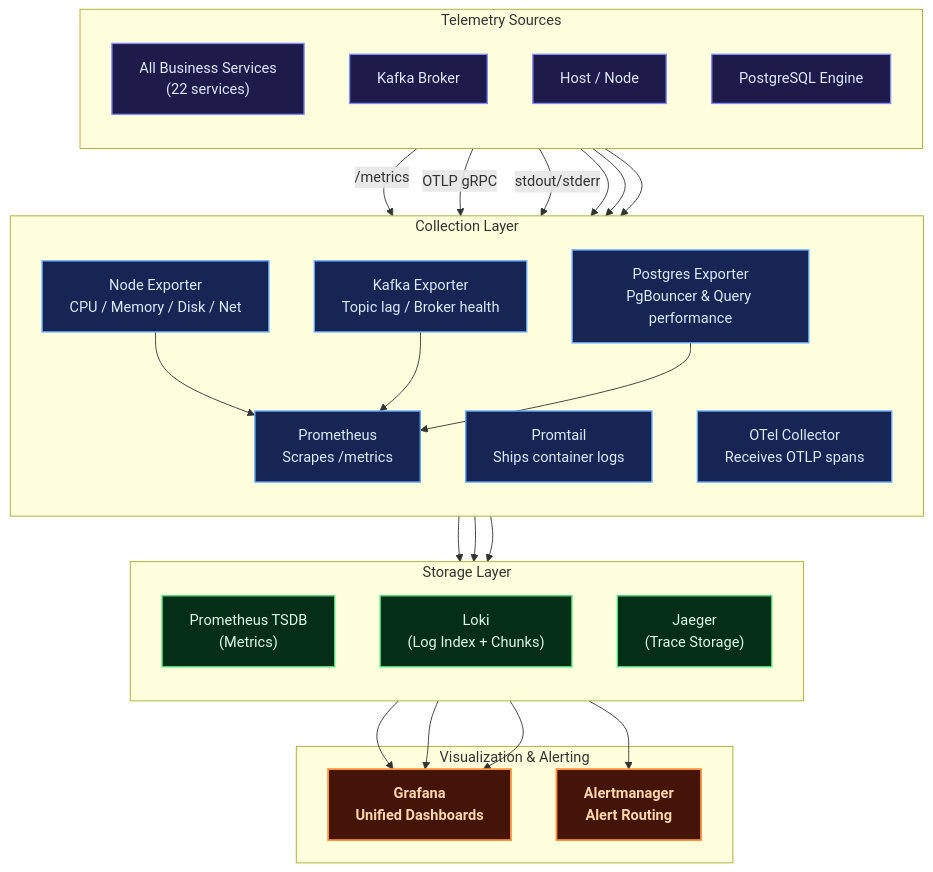
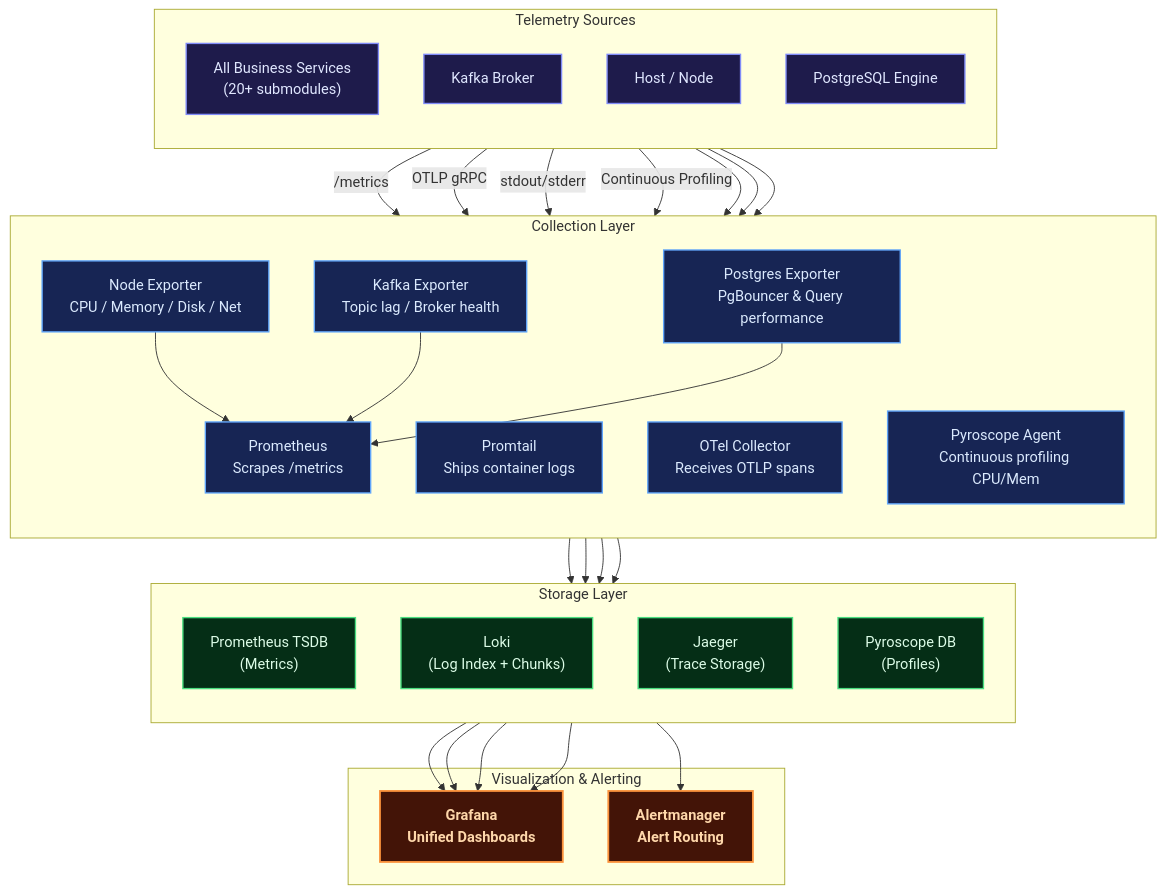
One commit to MamangRust/modular-monolith-vertx-ecommerce changed the sixth of 8 diagrams in README.md. Above: the diagram before and after it, drawn with Mermaid. The commit also changed other lines of this file, not shown here.

Commit message:
docs: update README documentation and architecture diagram to reflect service structure and tech stack refinements

````diff
--- a/README.md
+++ b/README.md
@@ -331,56 +409,61 @@
 ```mermaid
 graph TB
     classDef service fill:#1e1b4b,stroke:#818cf8,color:#e0e7ff,stroke-width:1.5px
     classDef collector fill:#172554,stroke:#60a5fa,color:#dbeafe,stroke-width:1.5px
     classDef storage fill:#052e16,stroke:#4ade80,color:#dcfce7,stroke-width:1.5px
     classDef viz fill:#431407,stroke:#fb923c,color:#fed7aa,stroke-width:2px,font-weight:bold
 
     subgraph Sources["Telemetry Sources"]
         direction TB
-        SVCS["All Business Services<br/>(22 services)"]:::service
+        SVCS["All Business Services<br/>(20+ submodules)"]:::service
         KAFKA_SRC["Kafka Broker"]:::service
         NODES["Host / Node"]:::service
         DB_SRC["PostgreSQL Engine"]:::service
     end
 
     subgraph Collectors["Collection Layer"]
         direction TB
         PROM["Prometheus<br/>Scrapes /metrics"]:::collector
         PROMTAIL["Promtail<br/>Ships container logs"]:::collector
         OTEL["OTel Collector<br/>Receives OTLP spans"]:::collector
         NODEX["Node Exporter<br/>CPU / Memory / Disk / Net"]:::collector
         KAFKAX["Kafka Exporter<br/>Topic lag / Broker health"]:::collector
         PGX["Postgres Exporter<br/>PgBouncer & Query performance"]:::collector
+        PYRO_COL["Pyroscope Agent<br/>Continuous profiling CPU/Mem"]:::collector
     end
 
     subgraph Storage["Storage Layer"]
         direction TB
         PROM_TSDB["Prometheus TSDB<br/>(Metrics)"]:::storage
         LOKI_STORE["Loki<br/>(Log Index + Chunks)"]:::storage
         JAEGER_STORE["Jaeger<br/>(Trace Storage)"]:::storage
+        PYRO_STORE["Pyroscope DB<br/>(Profiles)"]:::storage
     end
 
     subgraph Visualization["Visualization & Alerting"]
         GRAFANA["Grafana<br/>Unified Dashboards"]:::viz
         ALERTMGR["Alertmanager<br/>Alert Routing"]:::viz
     end
 
     SVCS -->|"/metrics"| PROM
     SVCS -->|"OTLP gRPC"| OTEL
     SVCS -->|"stdout/stderr"| PROMTAIL
+    SVCS -->|"Continuous Profiling"| PYRO_COL
     NODES --> NODEX
     KAFKA_SRC --> KAFKAX
     DB_SRC --> PGX
 
     NODEX --> PROM
     KAFKAX --> PROM
     PGX --> PROM
     PROM --> PROM_TSDB
     PROMTAIL --> LOKI_STORE
     OTEL --> JAEGER_STORE
+    PYRO_COL --> PYRO_STORE
 
     PROM_TSDB --> GRAFANA
     LOKI_STORE --> GRAFANA
     JAEGER_STORE --> GRAFANA
+    PYRO_STORE --> GRAFANA
     PROM_TSDB --> ALERTMGR
 ```
````
